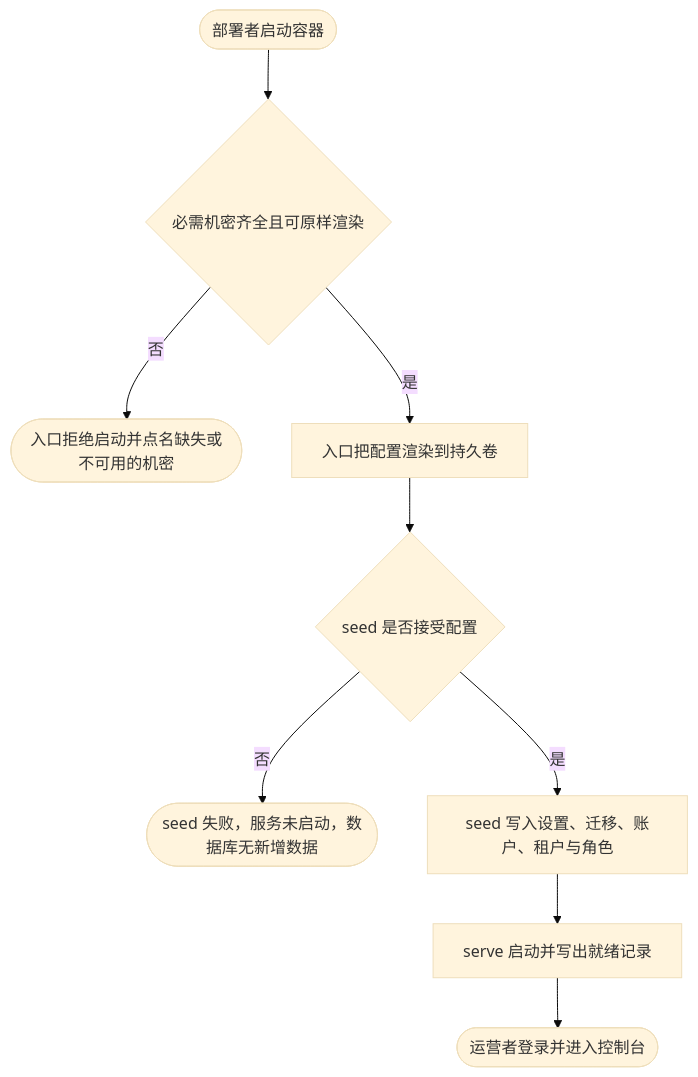
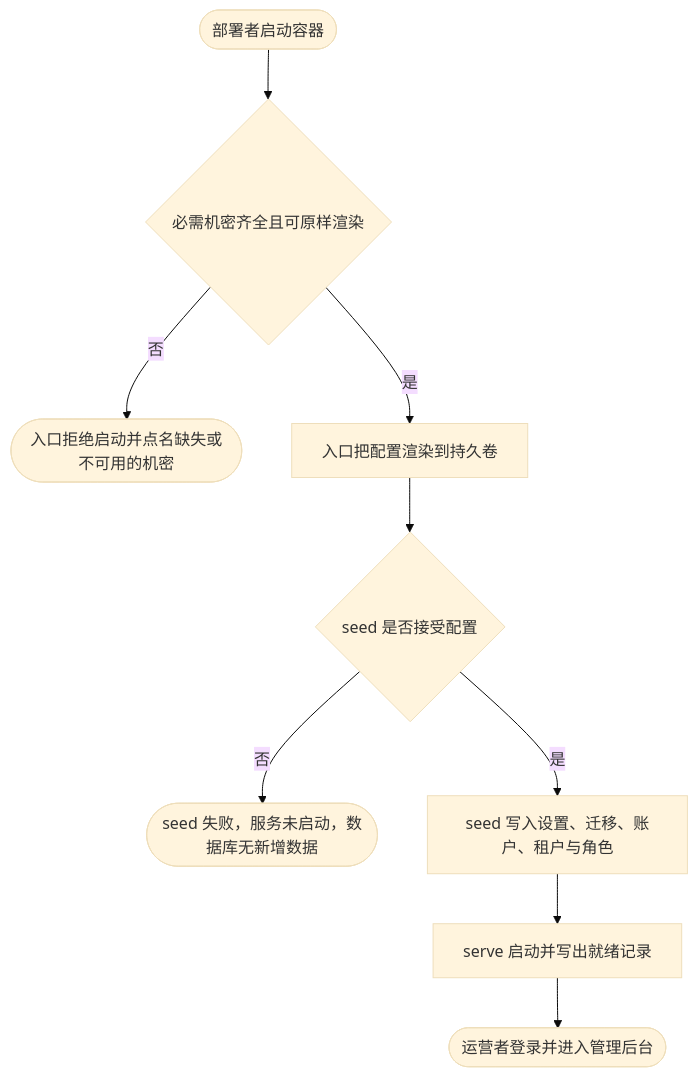
Before and after one commit to wangzw/speed: the diagram in docs/prd/journeys/journey-deploy-and-operate.md, drawn with Mermaid (base theme). The commit also changed other lines of this file and 43 other files, not shown here.

````diff
--- a/docs/prd/journeys/journey-deploy-and-operate.md
+++ b/docs/prd/journeys/journey-deploy-and-operate.md
@@ -58,11 +58,11 @@
 ```mermaid
 flowchart TD
     A([部署者启动容器]) --> B{必需机密齐全且可原样渲染}
     B -->|否| X([入口拒绝启动并点名缺失或不可用的机密])
     B -->|是| C[入口把配置渲染到持久卷]
     C --> D{seed 是否接受配置}
     D -->|否| Y([seed 失败，服务未启动，数据库无新增数据])
     D -->|是| E[seed 写入设置、迁移、账户、租户与角色]
     E --> F[serve 启动并写出就绪记录]
-    F --> G([运营者登录并进入控制台])
+    F --> G([运营者登录并进入管理后台])
 ```
````
